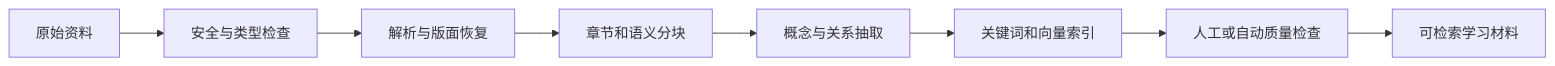
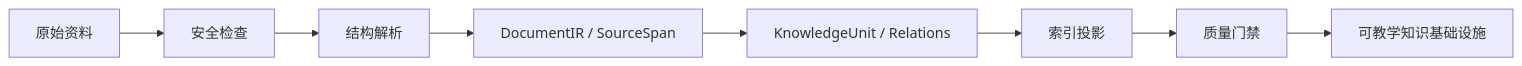
Before and after one commit to Xike-yuhuofei/Askora: the second of 3 diagrams in docs/design/个人AI辅助学习平台设计方案.md, drawn with Mermaid. The commit also changed other lines of this file, not shown here.

````diff
--- a/docs/design/个人AI辅助学习平台设计方案.md
+++ b/docs/design/个人AI辅助学习平台设计方案.md
@@ -290,10 +501,10 @@
 ```mermaid
 flowchart LR
-    A[原始资料] --> B[安全与类型检查]
-    B --> C[解析与版面恢复]
-    C --> D[章节和语义分块]
-    D --> E[概念与关系抽取]
-    E --> F[关键词和向量索引]
-    F --> G[人工或自动质量检查]
-    G --> H[可检索学习材料]
+    A[原始资料] --> B[安全检查]
+    B --> C[结构解析]
+    C --> D[DocumentIR / SourceSpan]
+    D --> E[KnowledgeUnit / Relations]
+    E --> F[索引投影]
+    F --> G[质量门禁]
+    G --> H[可教学知识基础设施]
 ```
````
